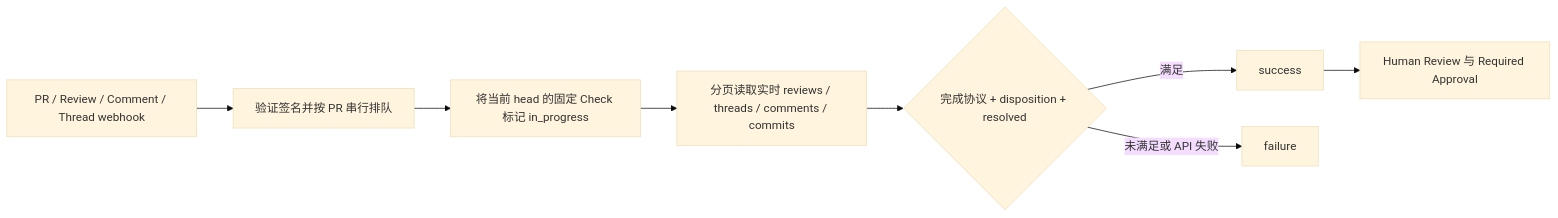
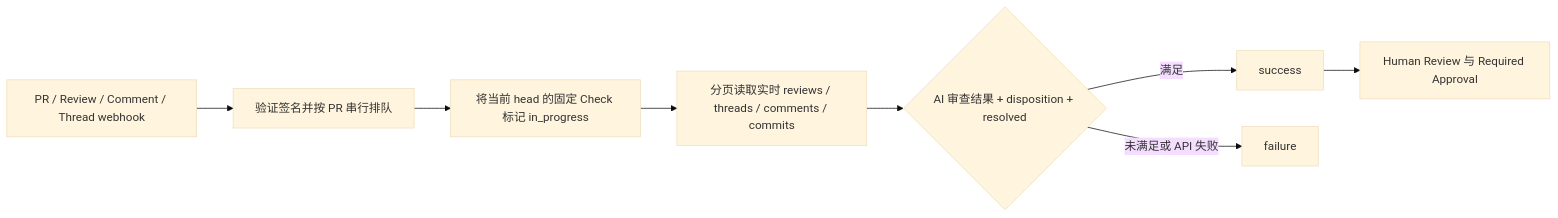
One commit to IS-Model-Framework/.github changed the diagram in docs/AI_REVIEW_DISPOSITION.md. Above: the diagram before and after it, drawn with Mermaid (base theme). The commit also changed other lines of this file and 2 other files, not shown here.

````diff
--- a/docs/AI_REVIEW_DISPOSITION.md
+++ b/docs/AI_REVIEW_DISPOSITION.md
@@ -134,10 +136,10 @@
 ```mermaid
 flowchart LR
   A[PR / Review / Comment / Thread webhook] --> B[验证签名并按 PR 串行排队]
   B --> C[将当前 head 的固定 Check 标记 in_progress]
   C --> D[分页读取实时 reviews / threads / comments / commits]
-  D --> E{完成协议 + disposition + resolved}
+  D --> E{AI 审查结果 + disposition + resolved}
   E -->|满足| F[success]
   E -->|未满足或 API 失败| G[failure]
   F --> H[Human Review 与 Required Approval]
 ```
````
